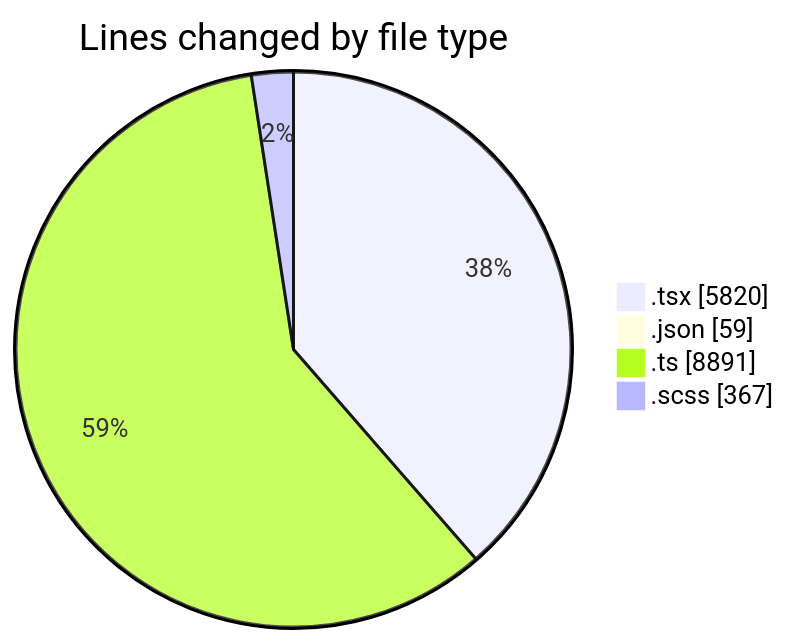
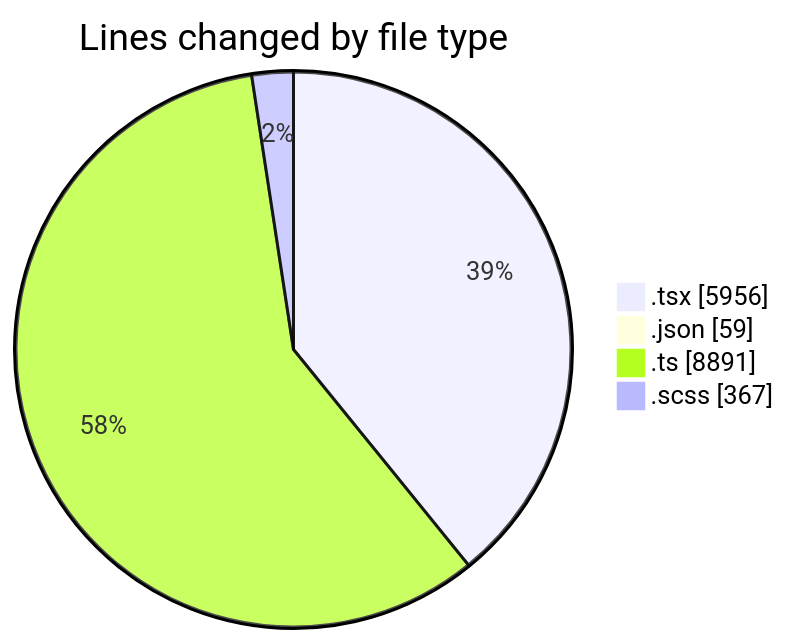
The first of 2 diagrams in 2025-11-24/cda/README.md (momahboobian/code-tracking), drawn with Mermaid before and after one commit. The commit also changed other lines of this file and 1 other file, not shown here.

````diff
--- a/2025-11-24/cda/README.md
+++ b/2025-11-24/cda/README.md
@@ -38,8 +38,8 @@
 ```mermaid
 pie showData
 title Lines changed by file type
-".tsx" : 5820
+".tsx" : 5956
 ".json" : 59
 ".ts" : 8891
 ".scss" : 367
 ```
````
